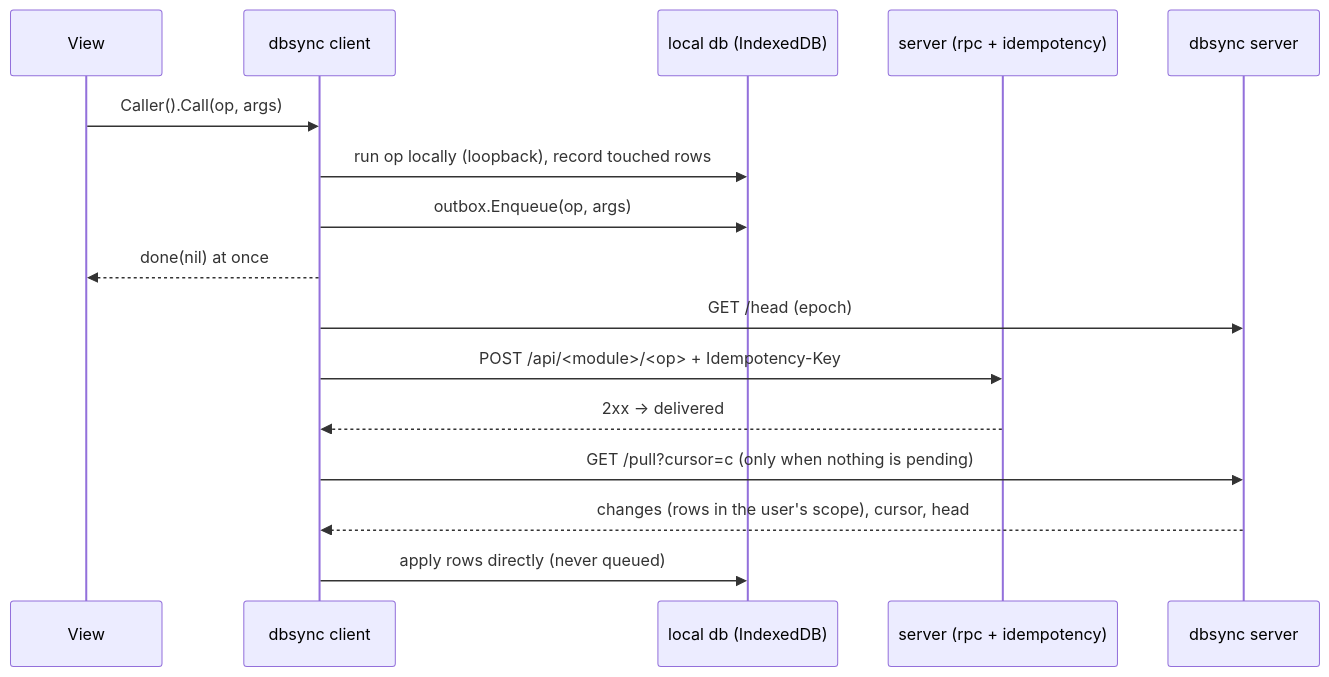
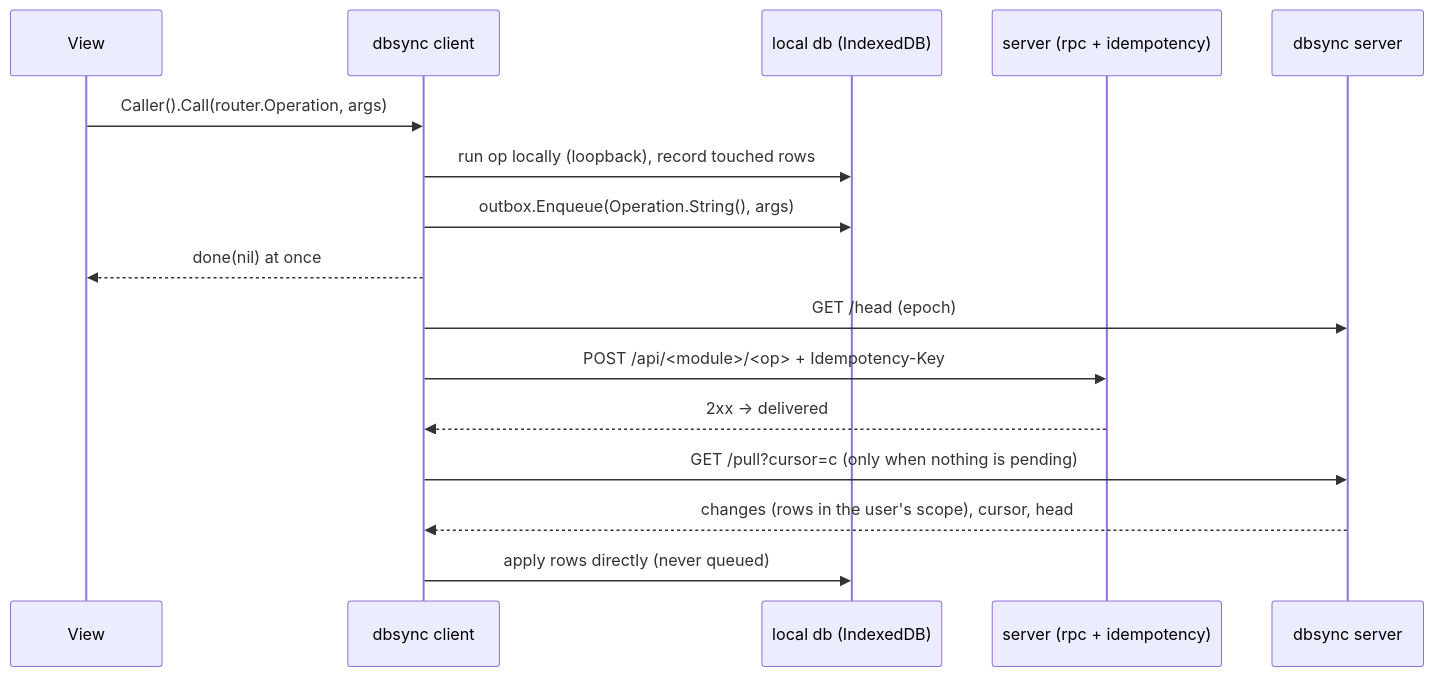
The first of 2 diagrams in docs/ARCHITECTURE.md (webtyp/dbsync), drawn with Mermaid before and after one commit. The commit also changed other lines of this file and 19 other files, not shown here.

First line of the commit message:
refactor!: offline operations are router.Operation; the queue stores Operation.String(); the Caller and the harvester take the typed operation

````diff
--- a/docs/ARCHITECTURE.md
+++ b/docs/ARCHITECTURE.md
@@ -20,18 +20,18 @@
 ```mermaid
 sequenceDiagram
     participant V as View
     participant C as dbsync client
     participant L as local db (IndexedDB)
     participant S as server (rpc + idempotency)
     participant D as dbsync server
-    V->>C: Caller().Call(op, args)
+    V->>C: Caller().Call(router.Operation, args)
     C->>L: run op locally (loopback), record touched rows
-    C->>L: outbox.Enqueue(op, args)
+    C->>L: outbox.Enqueue(Operation.String(), args)
     C-->>V: done(nil) at once
     C->>D: GET /head (epoch)
     C->>S: POST /api/<module>/<op> + Idempotency-Key
     S-->>C: 2xx → delivered
     C->>D: GET /pull?cursor=c (only when nothing is pending)
     D-->>C: changes (rows in the user's scope), cursor, head
     C->>L: apply rows directly (never queued)
 ```
````
